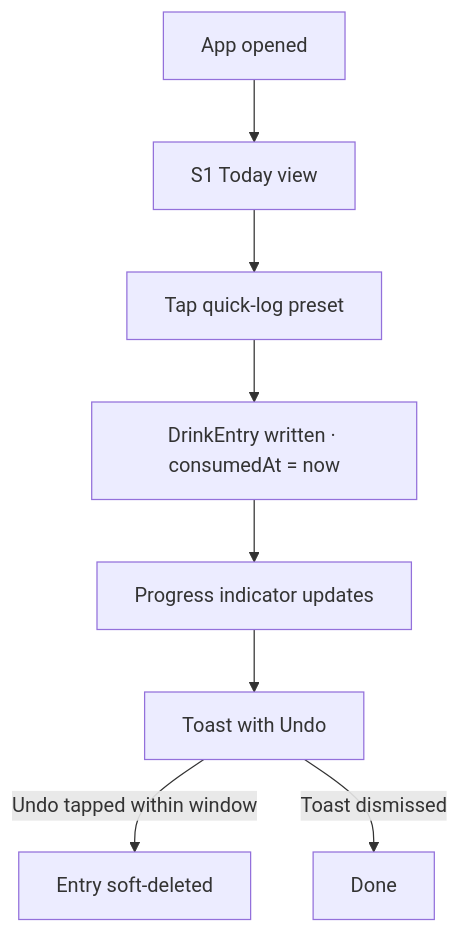
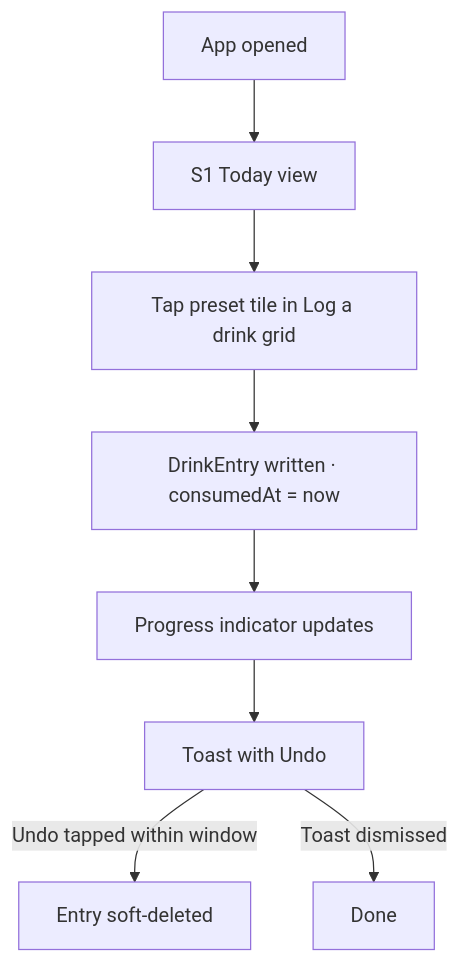
One commit to controlol/drinks-mate changed the second of 5 diagrams in design/user-experience.md. Above: the diagram before and after it, drawn with Mermaid. The commit also changed other lines of this file and 5 other files, not shown here.

First line of the commit message:
Redesign Today's drink-logging section: responsive grid + preset sort modes

````diff
--- a/design/user-experience.md
+++ b/design/user-experience.md
@@ -230,10 +243,10 @@
 ```mermaid
 flowchart TD
     A[App opened] --> B[S1 Today view]
-    B --> C[Tap quick-log preset]
+    B --> C[Tap preset tile in Log a drink grid]
     C --> D[DrinkEntry written · consumedAt = now]
     D --> E[Progress indicator updates]
     E --> F[Toast with Undo]
     F -->|Undo tapped within window| G[Entry soft-deleted]
     F -->|Toast dismissed| H[Done]
 ```
````
